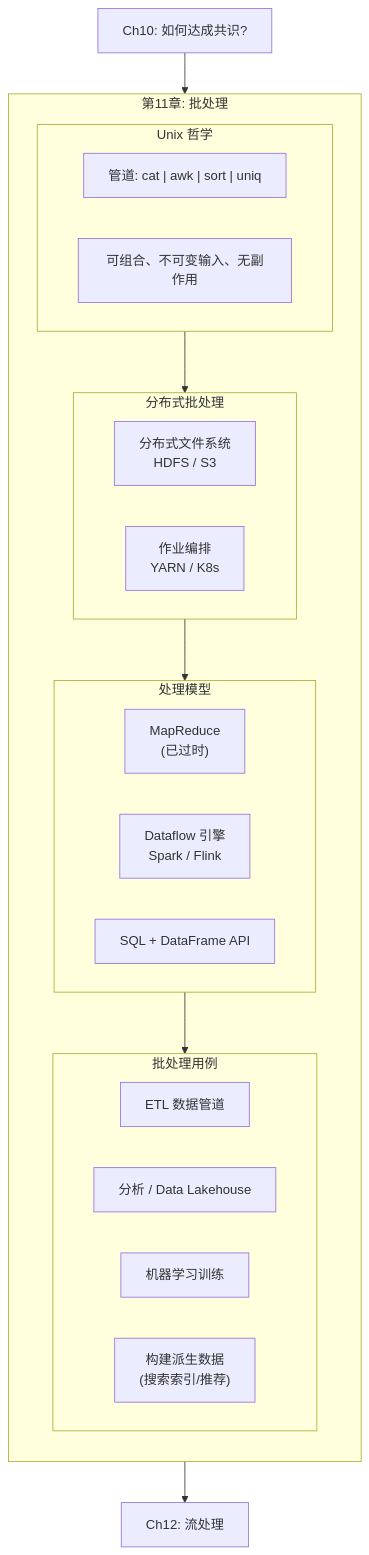
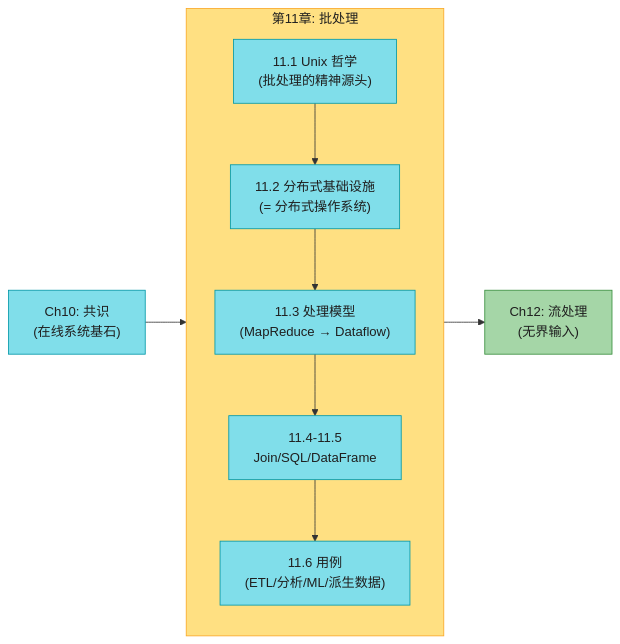
One commit to socoo123/ddia_2nd changed the first of 24 diagrams in ch11-批处理.md. Above: the diagram before and after it, drawn with Mermaid. The commit also changed other lines of this file and 5 other files, not shown here.

````diff
--- a/ch11-批处理.md
+++ b/ch11-批处理.md
@@ -32,34 +28,26 @@
 ```mermaid
-graph TB
+flowchart LR
+    CH10["Ch10: 共识<br/>(在线系统基石)"] --> CH11
+
     subgraph CH11["第11章: 批处理"]
         direction TB
+        UNIX["11.1 Unix 哲学<br/>(批处理的精神源头)"]
+        INFRA["11.2 分布式基础设施<br/>(= 分布式操作系统)"]
+        MODEL["11.3 处理模型<br/>(MapReduce → Dataflow)"]
+        JOIN["11.4-11.5<br/>Join/SQL/DataFrame"]
+        USE["11.6 用例<br/>(ETL/分析/ML/派生数据)"]
 
-        subgraph UNIX["Unix 哲学"]
-            PIPE["管道: cat | awk | sort | uniq"]
-            COMPOSE["可组合、不可变输入、无副作用"]
-        end
-
-        subgraph DIST["分布式批处理"]
-            DFS["分布式文件系统<br/>HDFS / S3"]
-            ORCH["作业编排<br/>YARN / K8s"]
-        end
-
-        subgraph MODEL["处理模型"]
-            MR["MapReduce<br/>(已过时)"]
-            DF["Dataflow 引擎<br/>Spark / Flink"]
-            SQL_DF["SQL + DataFrame API"]
-        end
-
-        subgraph USE["批处理用例"]
-            ETL["ETL 数据管道"]
-            ANALYTICS["分析 / Data Lakehouse"]
-            ML_USE["机器学习训练"]
-            SERVE["构建派生数据<br/>(搜索索引/推荐)"]
-        end
-
-        UNIX --> DIST --> MODEL --> USE
+        UNIX --> INFRA --> MODEL --> JOIN --> USE
     end
 
-    CH10["Ch10: 如何达成共识?"] --> CH11
-    CH11 --> CH12["Ch12: 流处理"]
+    CH11 --> CH12["Ch12: 流处理<br/>(无界输入)"]
+
+    style CH10 fill:#80DEEA,stroke:#0097A7,color:#1f1f1f
+    style CH11 fill:#FFE082,stroke:#F9A825,color:#1f1f1f
+    style UNIX fill:#80DEEA,stroke:#0097A7,color:#1f1f1f
+    style INFRA fill:#80DEEA,stroke:#0097A7,color:#1f1f1f
+    style MODEL fill:#80DEEA,stroke:#0097A7,color:#1f1f1f
+    style JOIN fill:#80DEEA,stroke:#0097A7,color:#1f1f1f
+    style USE fill:#80DEEA,stroke:#0097A7,color:#1f1f1f
+    style CH12 fill:#A5D6A7,stroke:#388E3C,color:#1f1f1f
 ```
````
